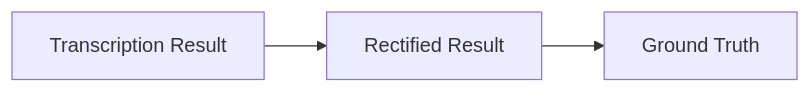
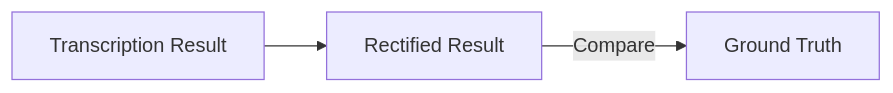
Before and after one commit to Xushu-Wang/AI-powered-Historical-Text-Transcription: the third of 3 diagrams in index.md, drawn with Mermaid.

````diff
--- a/index.md
+++ b/index.md
@@ -33,5 +49,5 @@
 ```mermaid
 flowchart LR;
     A[Transcription Result]-->B[Rectified Result];
-    B-->C[Ground Truth];
+    B-->|Compare| C[Ground Truth];
 ```
````
